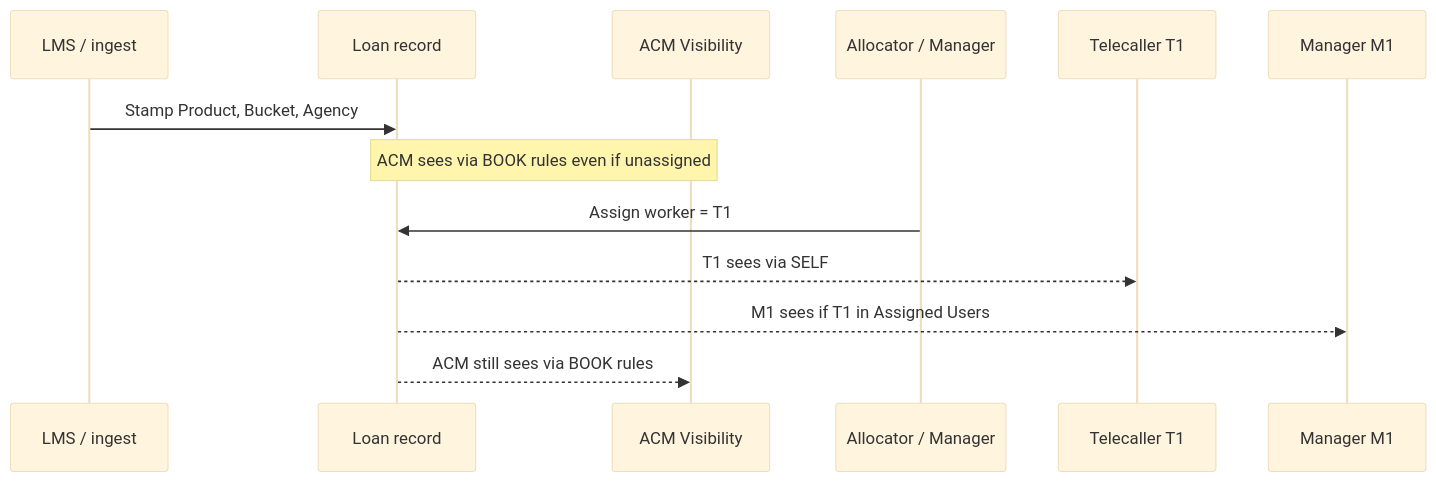
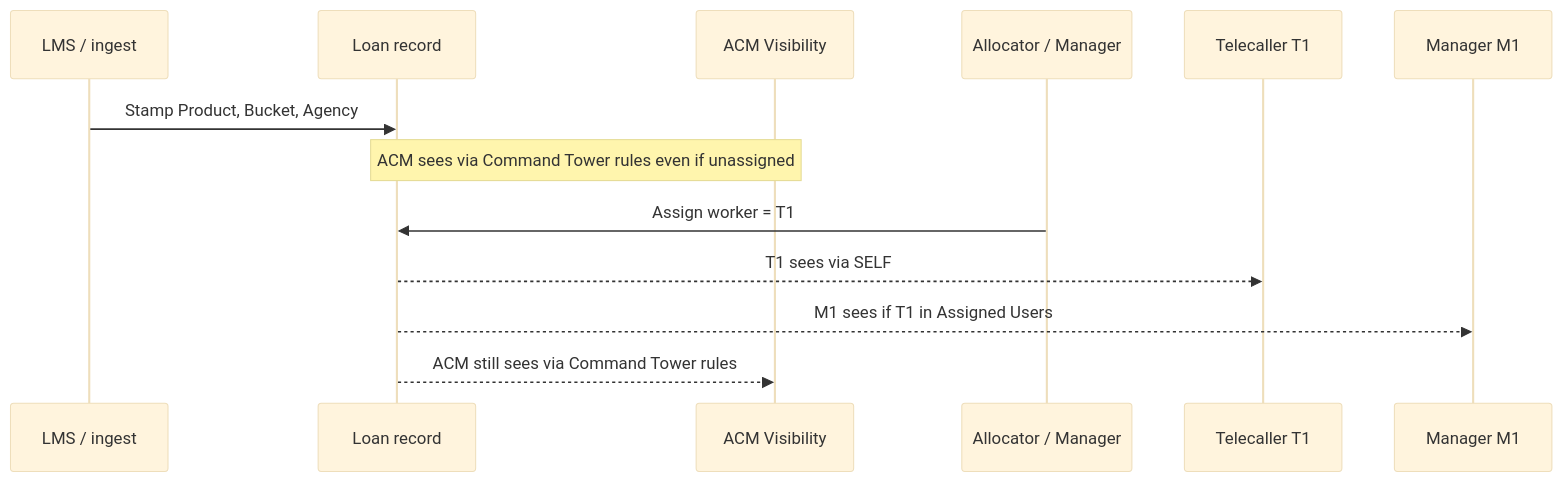
Before and after one commit to shubhamgrayopus/collekto-hierarchy-solution: the fourth of 14 diagrams in Collekto-AuthZ-Visibility-Impact-Understanding.md, drawn with Mermaid (base theme). The commit also changed other lines of this file and 2 other files, not shown here.

Commit message:
Use Command Tower rules team terminology across the understanding docs.

````diff
--- a/Collekto-AuthZ-Visibility-Impact-Understanding.md
+++ b/Collekto-AuthZ-Visibility-Impact-Understanding.md
@@ -87,15 +87,15 @@
 ```mermaid
 sequenceDiagram
   participant LMS as LMS / ingest
   participant Loan as Loan record
   participant ACM as ACM Visibility
   participant Alloc as Allocator / Manager
   participant T1 as Telecaller T1
   participant M1 as Manager M1
   LMS->>Loan: Stamp Product, Bucket, Agency
-  Note over ACM,Loan: ACM sees via BOOK rules even if unassigned
+  Note over ACM,Loan: ACM sees via Command Tower rules even if unassigned
   Alloc->>Loan: Assign worker = T1
   Loan-->>T1: T1 sees via SELF
   Loan-->>M1: M1 sees if T1 in Assigned Users
-  Loan-->>ACM: ACM still sees via BOOK rules
+  Loan-->>ACM: ACM still sees via Command Tower rules
 ```
````
